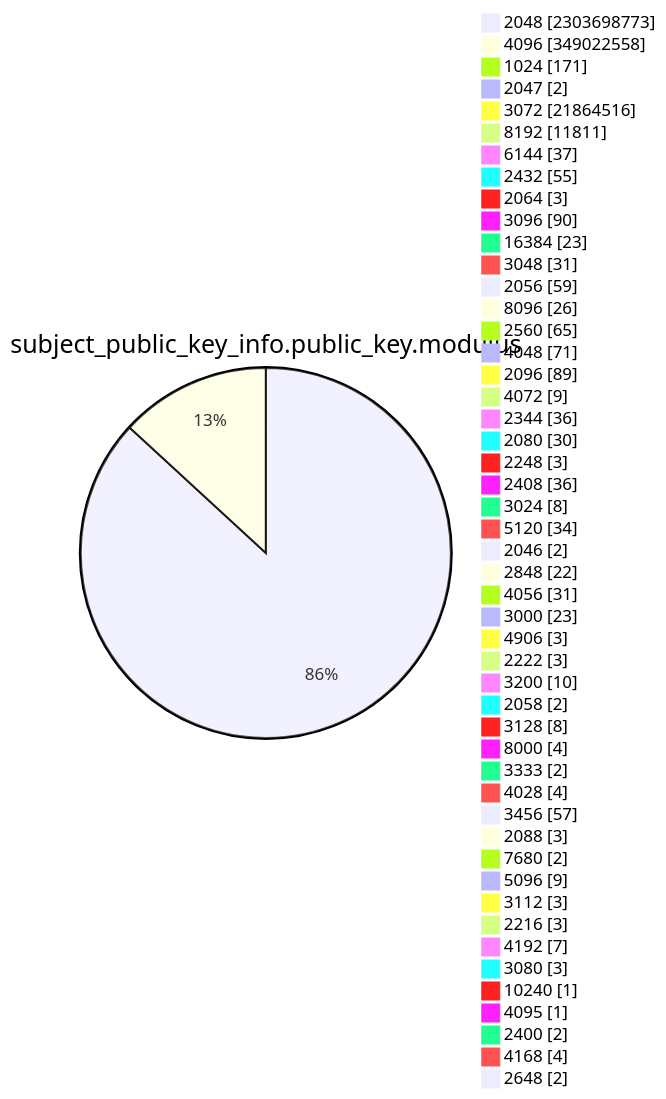
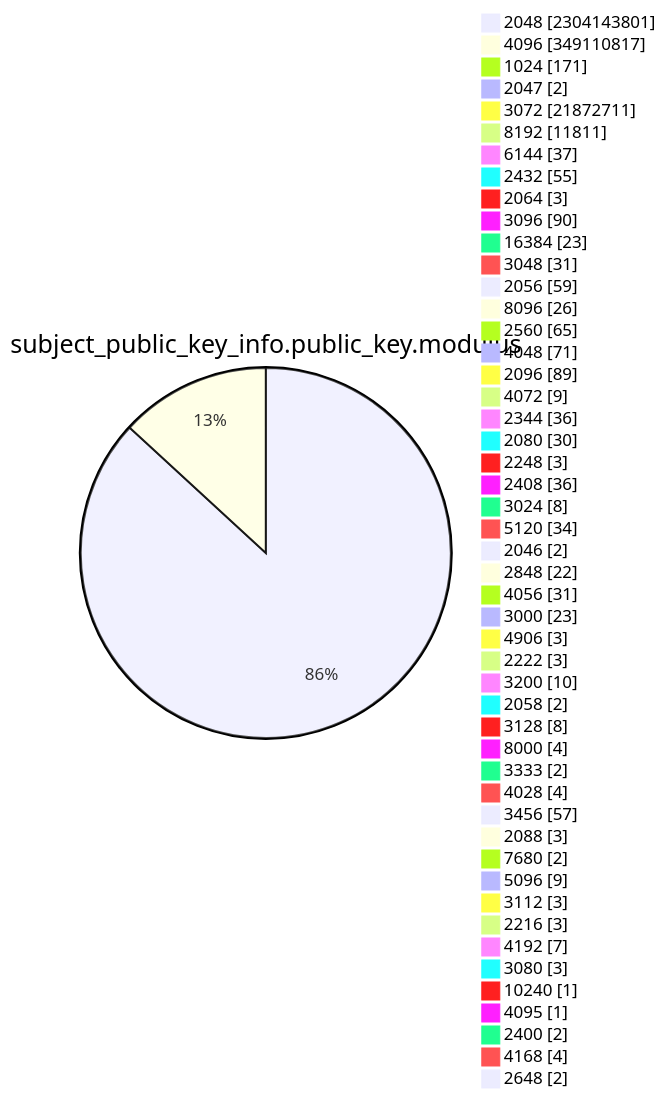
One commit to christiankrug/ctmonitor_visualization changed diagram 13 of 15 in TOTAL/README.md. Above: the diagram before and after it, drawn with Mermaid. The commit also changed other lines of this file, not shown here.

````diff
--- a/TOTAL/README.md
+++ b/TOTAL/README.md
@@ -4167,53 +4167,53 @@
 ```mermaid
 pie showData
 title subject_public_key_info.public_key.modulus
-"2048" :2303698773
-"4096" :349022558
+"2048" :2304143801
+"4096" :349110817
 "1024" :171
 "2047" :2
-"3072" :21864516
+"3072" :21872711
 "8192" :11811
 "6144" :37
 "2432" :55
 "2064" :3
 "3096" :90
 "16384" :23
 "3048" :31
 "2056" :59
 "8096" :26
 "2560" :65
 "4048" :71
 "2096" :89
 "4072" :9
 "2344" :36
 "2080" :30
 "2248" :3
 "2408" :36
 "3024" :8
 "5120" :34
 "2046" :2
 "2848" :22
 "4056" :31
 "3000" :23
 "4906" :3
 "2222" :3
 "3200" :10
 "2058" :2
 "3128" :8
 "8000" :4
 "3333" :2
 "4028" :4
 "3456" :57
 "2088" :3
 "7680" :2
 "5096" :9
 "3112" :3
 "2216" :3
 "4192" :7
 "3080" :3
 "10240" :1
 "4095" :1
 "2400" :2
 "4168" :4
 "2648" :2
 ```
````
